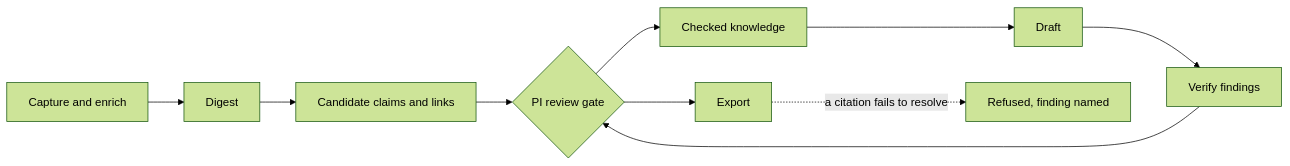
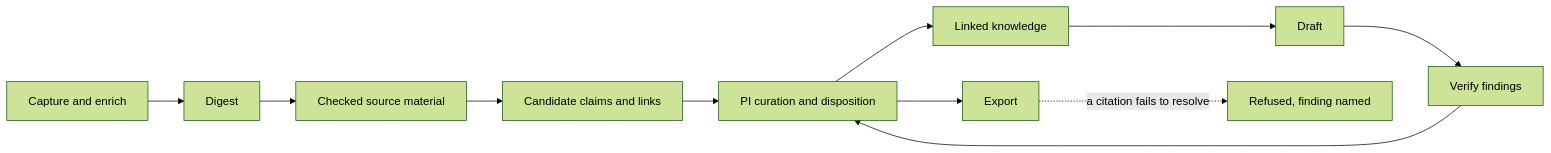
Before and after one commit to eranroseman/memoria-vault: the diagram in docs/README.md, drawn with Mermaid (forest theme). The commit also changed other lines of this file and 46 other files, not shown here.

````diff
--- a/docs/README.md
+++ b/docs/README.md
@@ -135,12 +110,13 @@
 ```mermaid
 flowchart LR
     capture[Capture and enrich] --> digest[Digest]
-    digest --> candidates[Candidate claims and links]
-    candidates --> gate{PI review gate}
-    gate --> knowledge[Checked knowledge]
+    digest --> checked[Checked source material]
+    checked --> candidates[Candidate claims and links]
+    candidates --> review[PI curation and disposition]
+    review --> knowledge[Linked knowledge]
     knowledge --> draft[Draft]
     draft --> verify[Verify findings]
-    verify --> gate
-    gate --> export[Export]
+    verify --> review
+    review --> export[Export]
     export -. a citation fails to resolve .-> refused[Refused, finding named]
 ```
````
